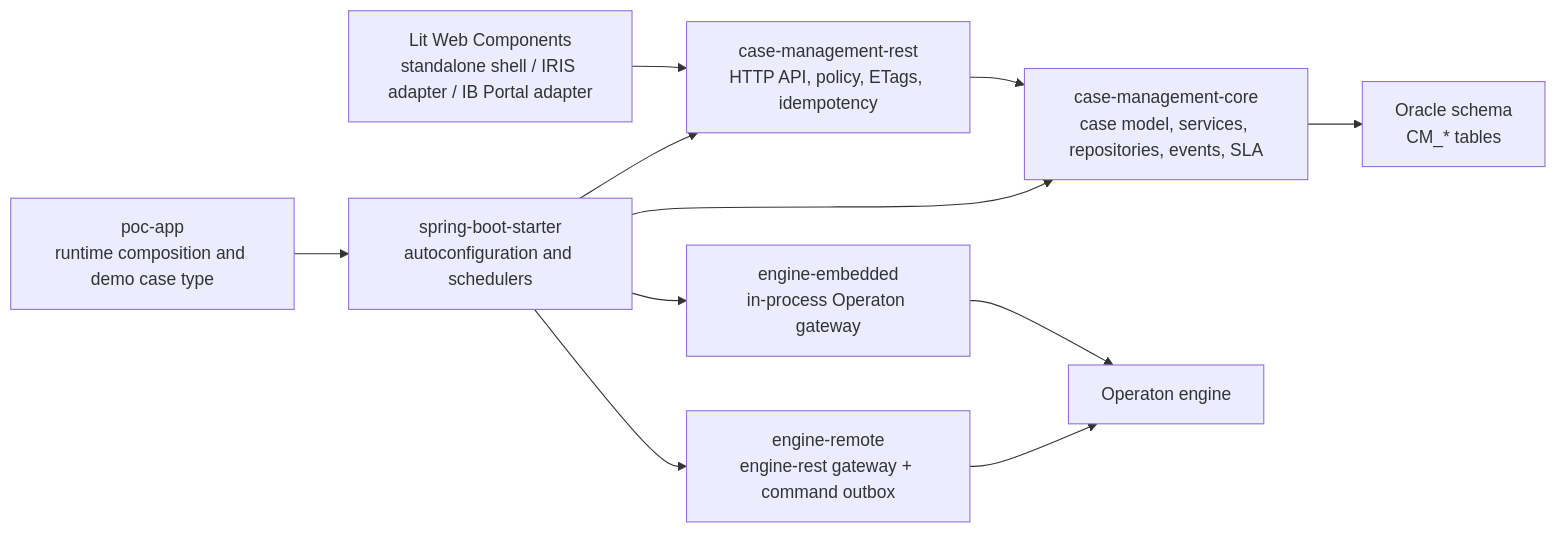
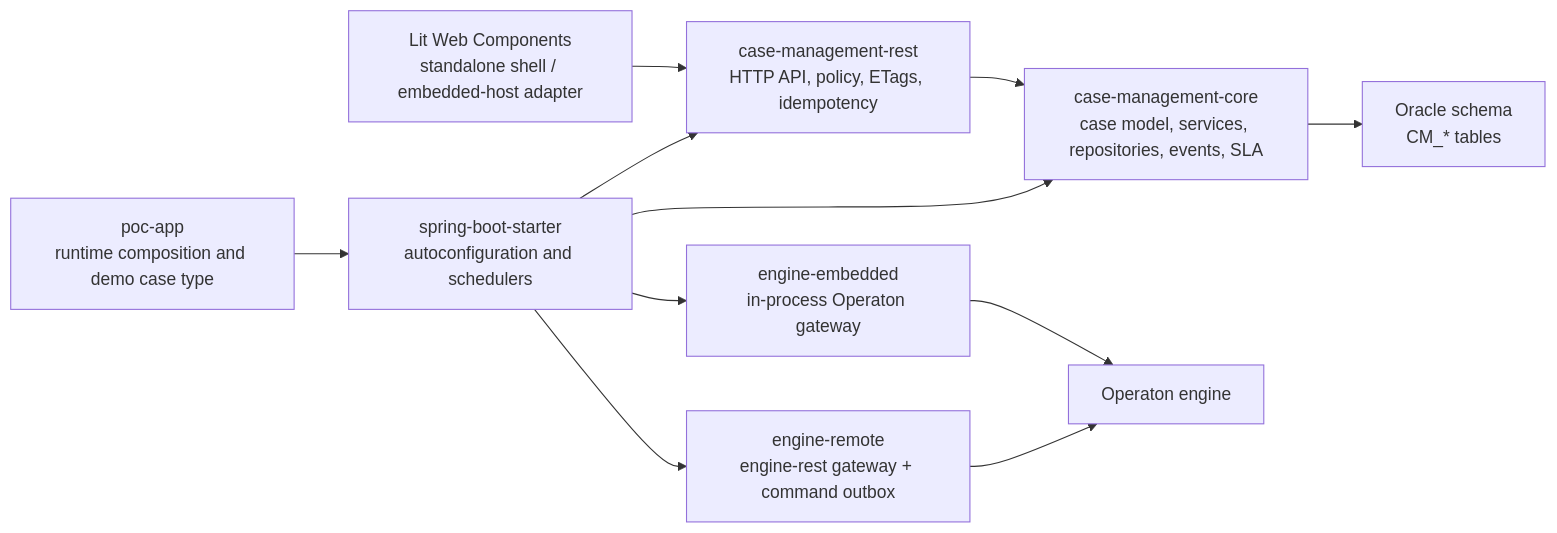
The first of 4 diagrams in docs/system-overview.md (Ronrock/case-management-design), drawn with Mermaid before and after one commit. The commit also changed other lines of this file and 8 other files, not shown here.

````diff
--- a/docs/system-overview.md
+++ b/docs/system-overview.md
@@ -52,23 +52,23 @@
 ```mermaid
 flowchart LR
-    web["Lit Web Components\nstandalone shell / IRIS adapter / IB Portal adapter"]
+    web["Lit Web Components\nstandalone shell / embedded-host adapter"]
     rest["case-management-rest\nHTTP API, policy, ETags, idempotency"]
     core["case-management-core\ncase model, services, repositories, events, SLA"]
     starter["spring-boot-starter\nautoconfiguration and schedulers"]
     embedded["engine-embedded\nin-process Operaton gateway"]
     remote["engine-remote\nengine-rest gateway + command outbox"]
     app["poc-app\nruntime composition and demo case type"]
     oracle["Oracle schema\nCM_* tables"]
     operaton["Operaton engine"]
 
     web --> rest
     rest --> core
     starter --> rest
     starter --> core
     starter --> embedded
     starter --> remote
     app --> starter
     core --> oracle
     embedded --> operaton
     remote --> operaton
 ```
````
